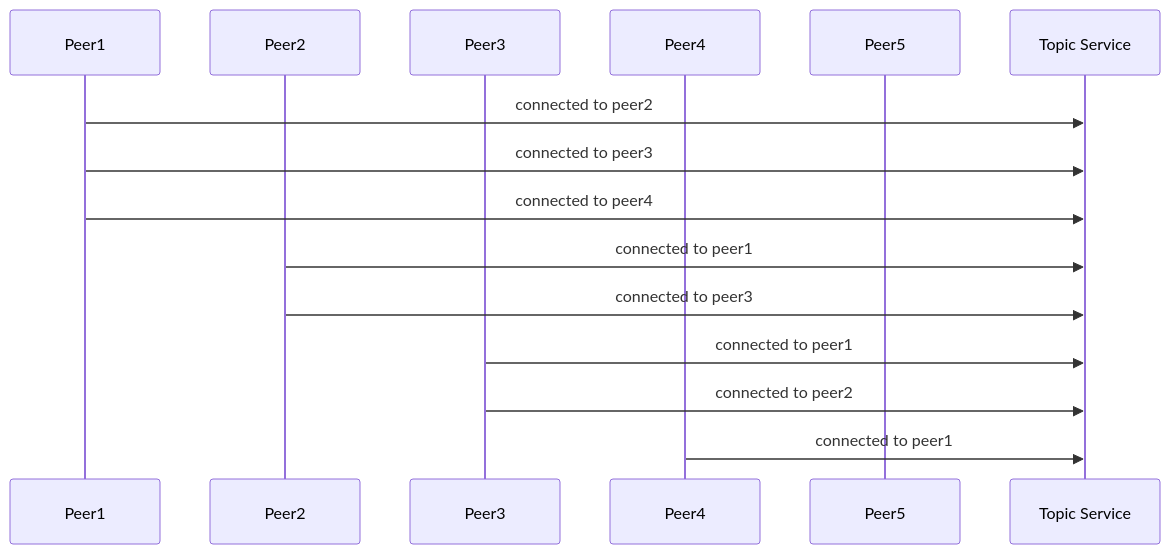
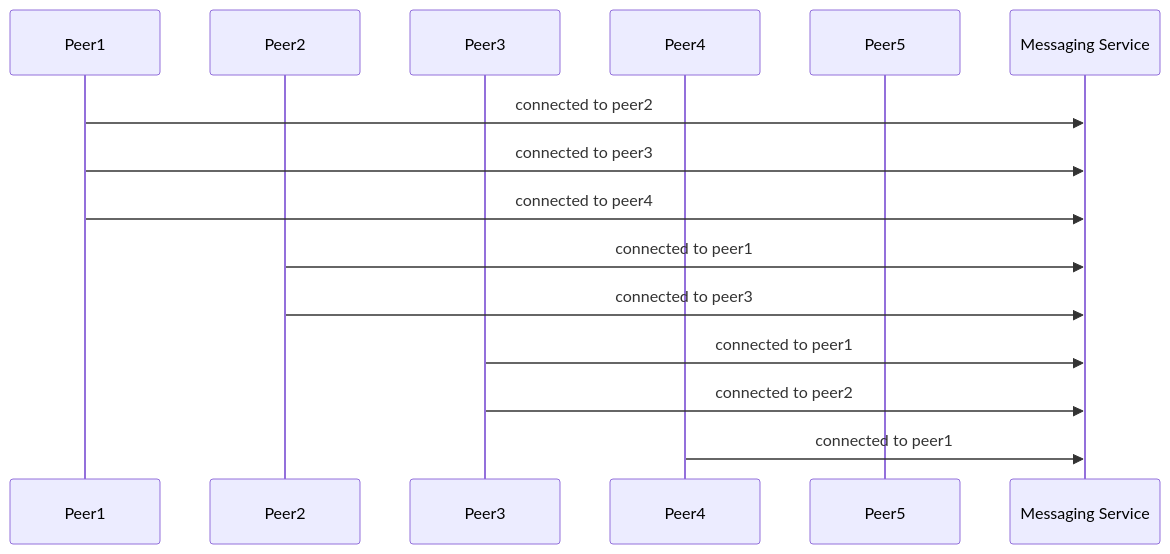
One commit to decentraland/adr changed the third of 13 diagrams in content/ADR-114-p2p-adapter.md. Above: the diagram before and after it, drawn with Mermaid. The commit also changed other lines of this file, not shown here.

````diff
--- a/content/ADR-114-p2p-adapter.md
+++ b/content/ADR-114-p2p-adapter.md
@@ -94,18 +94,18 @@
 ```mermaid
 sequenceDiagram
     participant Peer1
     participant Peer2
     participant Peer3
     participant Peer4
     participant Peer5
-    participant TS as Topic Service
+    participant TS as Messaging Service
 
     Peer1->>TS: connected to peer2
     Peer1->>TS: connected to peer3
     Peer1->>TS: connected to peer4
     Peer2->>TS: connected to peer1
     Peer2->>TS: connected to peer3
     Peer3->>TS: connected to peer1
     Peer3->>TS: connected to peer2
     Peer4->>TS: connected to peer1
 ```
````
